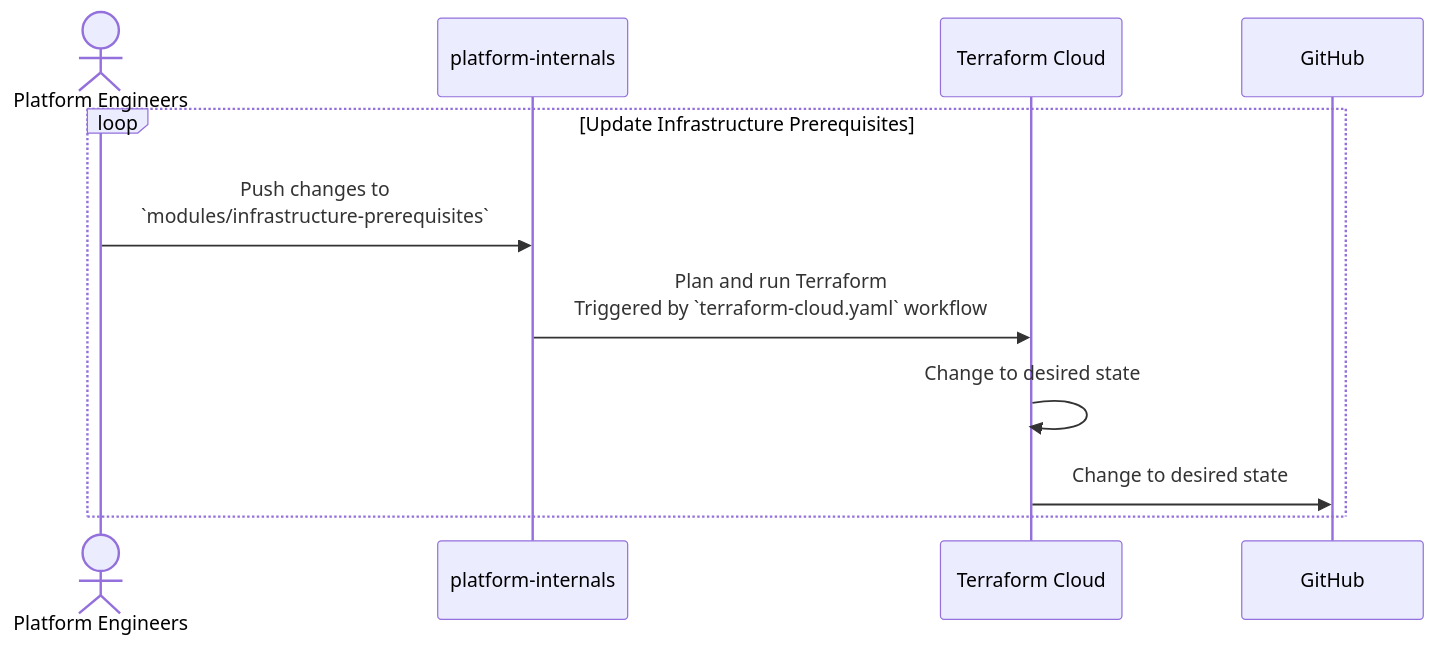
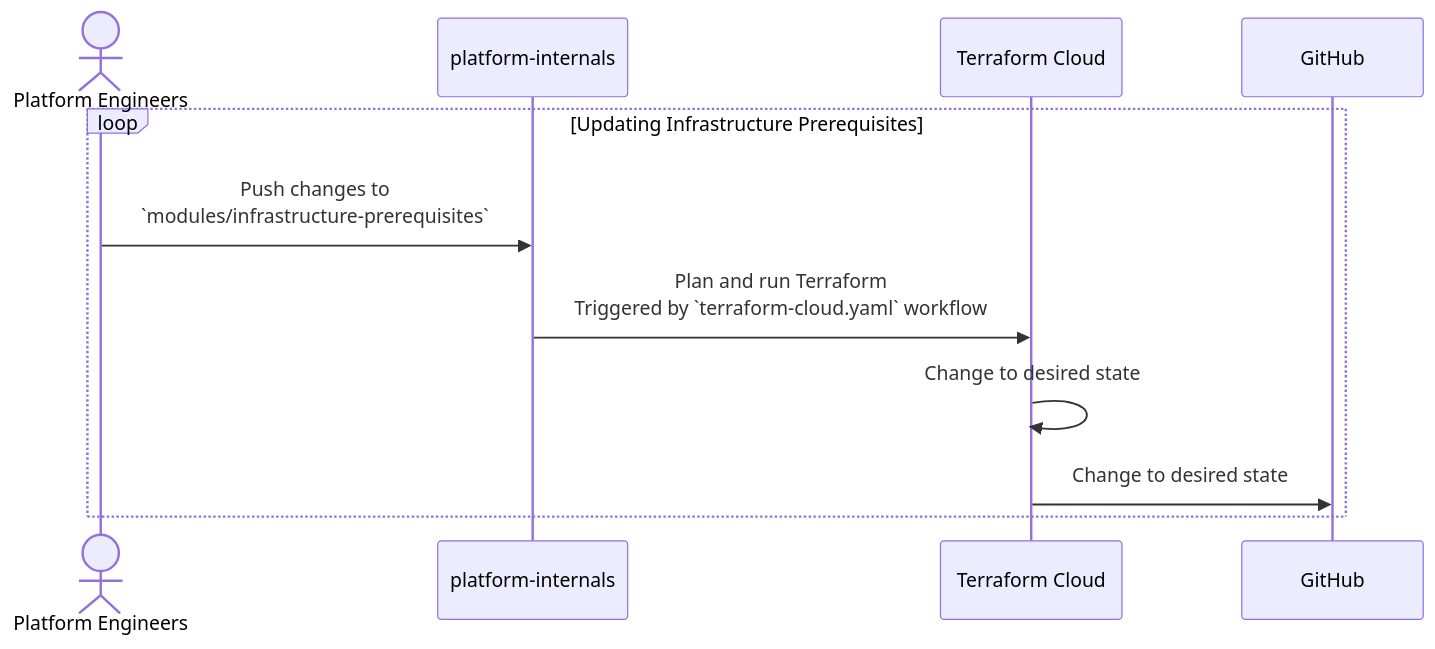
One commit to PashmakGuru/internal changed the third of 3 diagrams in README.md. Above: the diagram before and after it, drawn with Mermaid. The commit also changed other lines of this file, not shown here.

````diff
--- a/README.md
+++ b/README.md
@@ -30,14 +34,14 @@
 ```mermaid
 sequenceDiagram
     actor PLA as Platform Engineers
     participant RPI as platform-internals
     participant TFC as Terraform Cloud
     participant GHB as GitHub
 
-    loop Update Infrastructure Prerequisites
+    loop Updating Infrastructure Prerequisites
         PLA ->> RPI: Push changes to<br>`modules/infrastructure-prerequisites`
         RPI ->> TFC: Plan and run Terraform<br>Triggered by `terraform-cloud.yaml` workflow
         TFC ->> TFC: Change to desired state
         TFC ->> GHB: Change to desired state
     end
 ```
````
